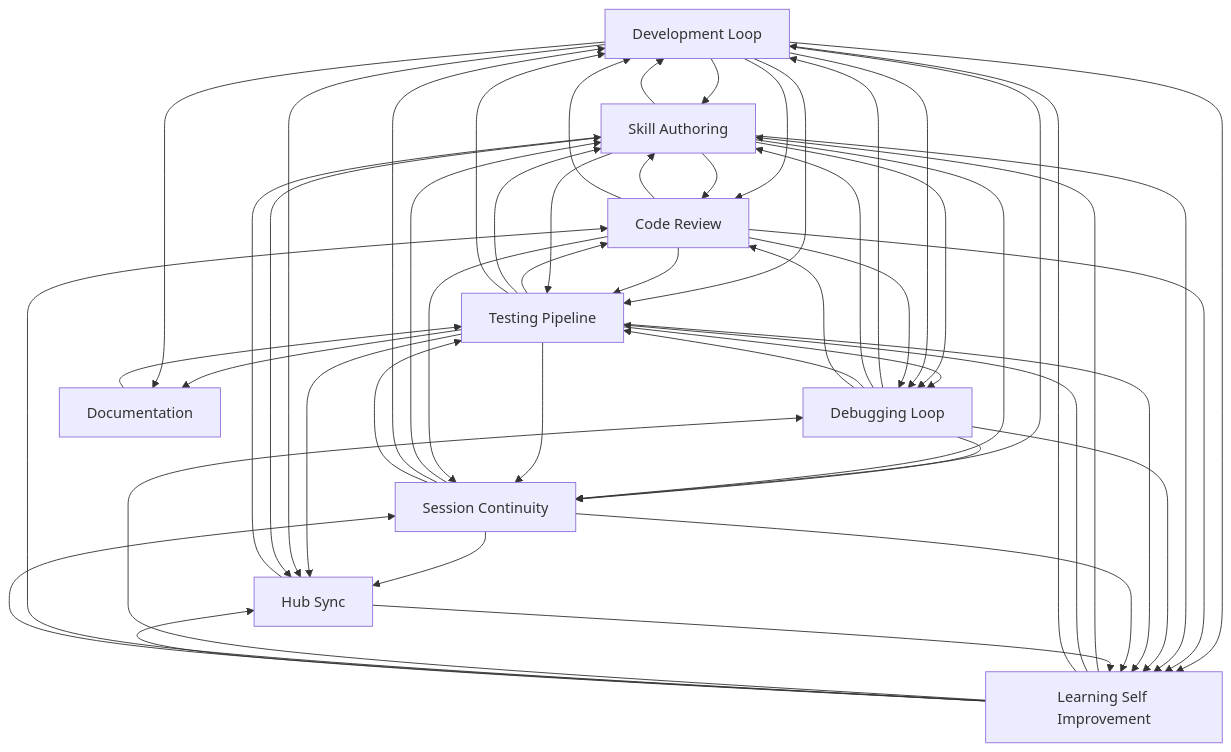
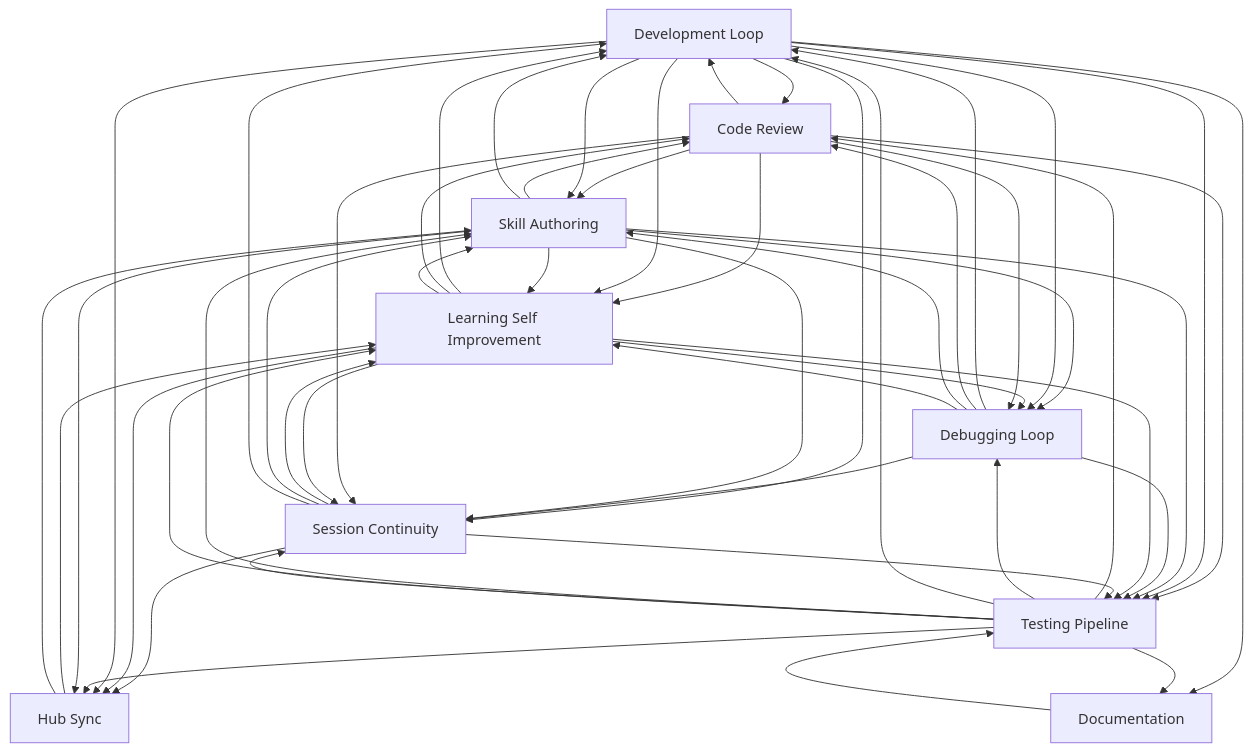
The diagram in docs/workflows/INDEX.md (abhayla/claude-best-practices), drawn with Mermaid before and after one commit. The commit also changed other lines of this file and 11 other files, not shown here.

````diff
--- a/docs/workflows/INDEX.md
+++ b/docs/workflows/INDEX.md
@@ -21,62 +21,62 @@
 ```mermaid
 graph TD
     development_loop[Development Loop]
     testing_pipeline[Testing Pipeline]
     debugging_loop[Debugging Loop]
     learning_self_improvement[Learning Self Improvement]
     session_continuity[Session Continuity]
     skill_authoring[Skill Authoring]
     code_review[Code Review]
     documentation[Documentation]
     hub_sync[Hub Sync]
     documentation --> testing_pipeline
-    development_loop --> skill_authoring
-    development_loop --> code_review
     code_review --> skill_authoring
     code_review --> development_loop
+    development_loop --> code_review
+    development_loop --> skill_authoring
+    code_review --> learning_self_improvement
+    code_review --> testing_pipeline
+    development_loop --> learning_self_improvement
     development_loop --> testing_pipeline
-    development_loop --> learning_self_improvement
-    code_review --> testing_pipeline
-    code_review --> learning_self_improvement
     testing_pipeline --> code_review
     testing_pipeline --> debugging_loop
+    testing_pipeline --> development_loop
     testing_pipeline --> skill_authoring
-    testing_pipeline --> development_loop
+    skill_authoring --> code_review
     skill_authoring --> development_loop
-    skill_authoring --> code_review
+    skill_authoring --> learning_self_improvement
     skill_authoring --> testing_pipeline
-    skill_authoring --> learning_self_improvement
     development_loop --> session_continuity
     debugging_loop --> session_continuity
     debugging_loop --> development_loop
     skill_authoring --> session_continuity
     testing_pipeline --> session_continuity
+    debugging_loop --> code_review
     debugging_loop --> skill_authoring
     debugging_loop --> testing_pipeline
-    debugging_loop --> code_review
     skill_authoring --> debugging_loop
     development_loop --> debugging_loop
     debugging_loop --> learning_self_improvement
     testing_pipeline --> learning_self_improvement
-    learning_self_improvement --> skill_authoring
-    learning_self_improvement --> testing_pipeline
     learning_self_improvement --> development_loop
     learning_self_improvement --> debugging_loop
     learning_self_improvement --> code_review
+    learning_self_improvement --> skill_authoring
+    learning_self_improvement --> testing_pipeline
     code_review --> debugging_loop
+    code_review --> session_continuity
     learning_self_improvement --> session_continuity
-    code_review --> session_continuity
+    session_continuity --> learning_self_improvement
+    session_continuity --> skill_authoring
     session_continuity --> hub_sync
-    session_continuity --> skill_authoring
-    session_continuity --> learning_self_improvement
+    learning_self_improvement --> hub_sync
+    development_loop --> hub_sync
     testing_pipeline --> hub_sync
-    development_loop --> hub_sync
-    learning_self_improvement --> hub_sync
+    development_loop --> documentation
     testing_pipeline --> documentation
-    development_loop --> documentation
     session_continuity --> development_loop
     session_continuity --> testing_pipeline
     skill_authoring --> hub_sync
+    hub_sync --> learning_self_improvement
     hub_sync --> skill_authoring
-    hub_sync --> learning_self_improvement
 ```
````
